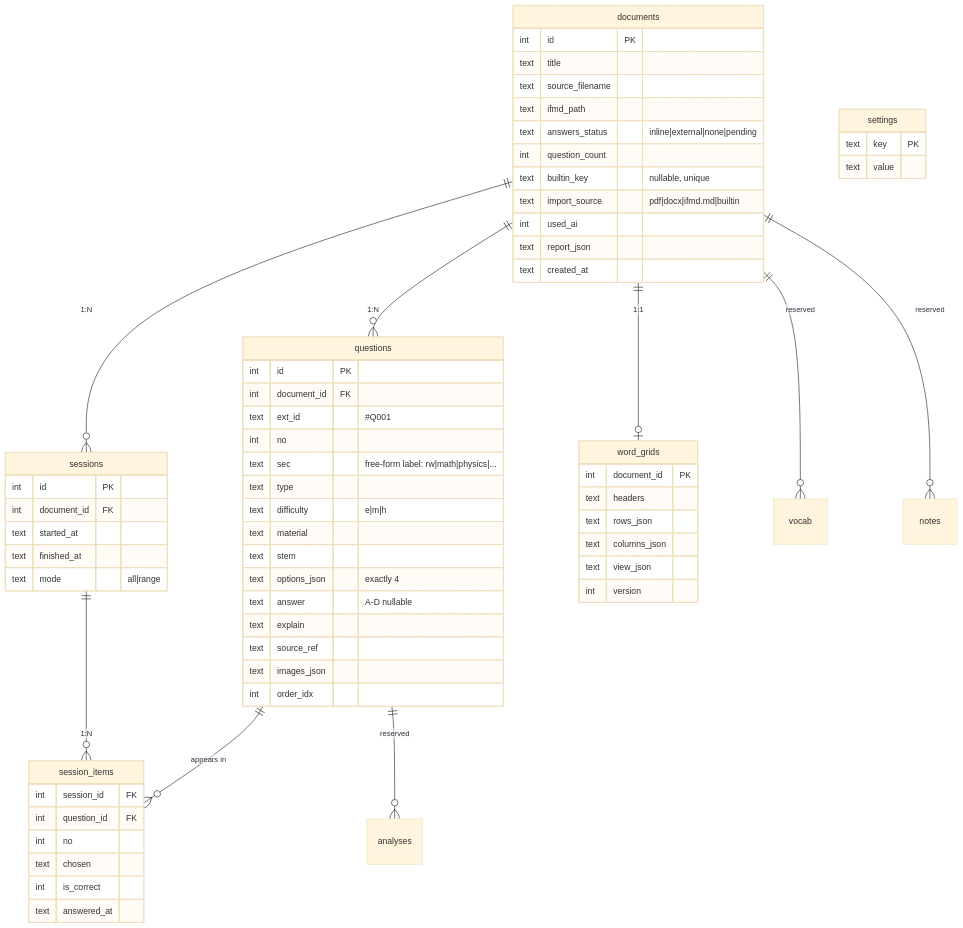
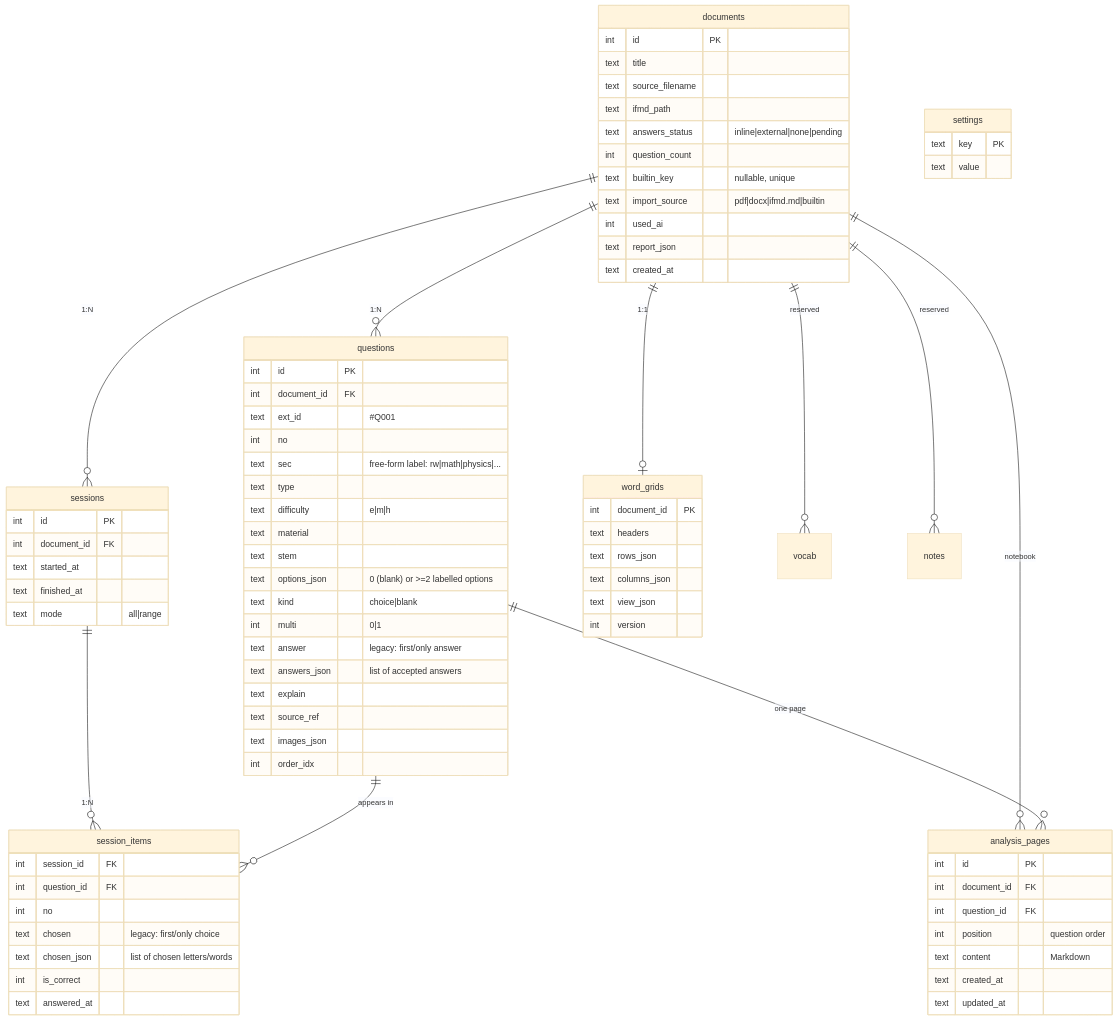
The second of 2 diagrams in docs/ARCHITECTURE.md (JasonSun2009CN/InteFlow), drawn with Mermaid (base theme) before and after one commit. The commit also changed other lines of this file and 239 other files, not shown here.

First line of the commit message:
feat: analysis workspace, attempt history, multi-answer/blanks, A–Z options; drop normalize

```diff
--- a/docs/ARCHITECTURE.md
+++ b/docs/ARCHITECTURE.md
@@ -80,11 +81,12 @@
   documents ||--o{ questions : "1:N"
   documents ||--o{ sessions : "1:N"
   documents ||--o| word_grids : "1:1"
+  documents ||--o{ analysis_pages : "notebook"
   sessions  ||--o{ session_items : "1:N"
   questions ||--o{ session_items : "appears in"
+  questions ||--o{ analysis_pages : "one page"
   documents ||--o{ vocab : "reserved"
   documents ||--o{ notes : "reserved"
-  questions ||--o{ analyses : "reserved"
 
   documents {
     int id PK
@@ -109,8 +111,11 @@
     text difficulty "e|m|h"
     text material
     text stem
-    text options_json "exactly 4"
-    text answer "A-D nullable"
+    text options_json "0 (blank) or >=2 labelled options"
+    text kind "choice|blank"
+    int multi "0|1"
+    text answer "legacy: first/only answer"
+    text answers_json "list of accepted answers"
     text explain
     text source_ref
     text images_json
@@ -127,9 +132,19 @@
     int session_id FK
     int question_id FK
     int no
-    text chosen
+    text chosen "legacy: first/only choice"
+    text chosen_json "list of chosen letters/words"
     int is_correct
     text answered_at
+  }
+  analysis_pages {
+    int id PK
+    int document_id FK
+    int question_id FK
+    int position "question order"
+    text content "Markdown"
+    text created_at
+    text updated_at
   }
   word_grids {
     int document_id PK
```
